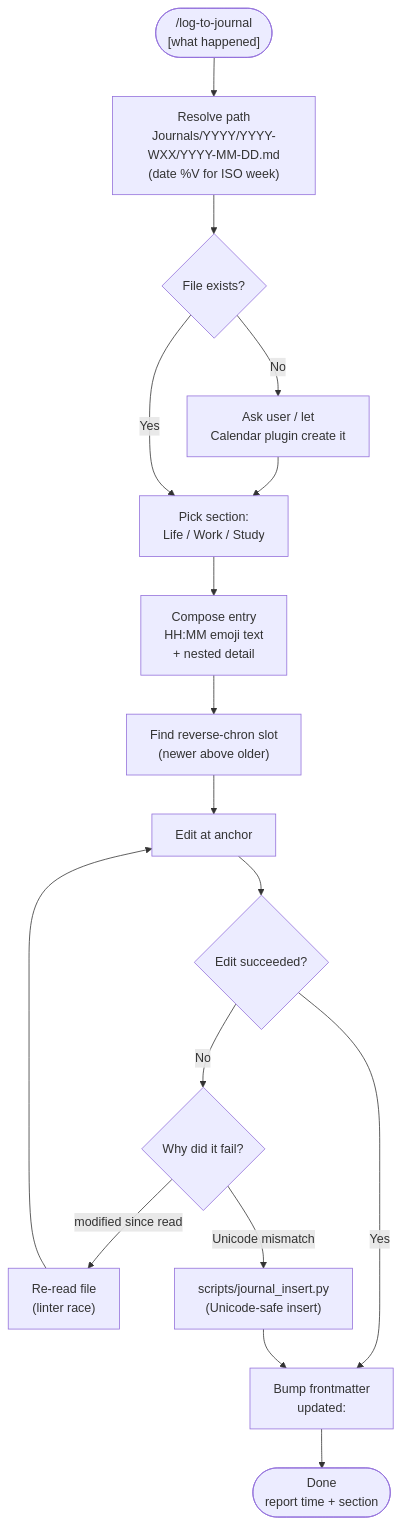
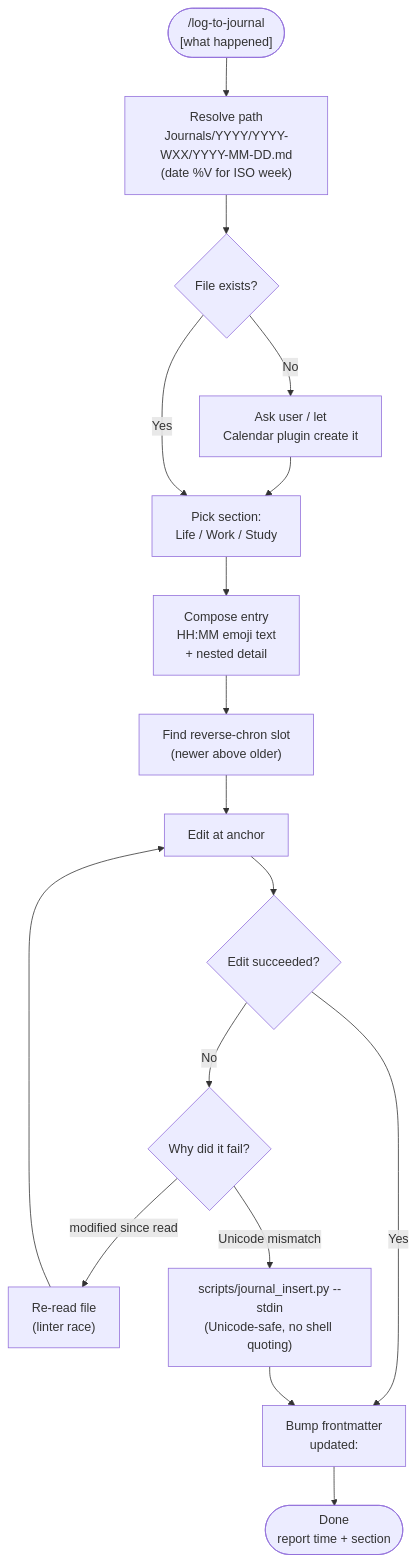
One commit to biomystery/claude-skills changed the diagram in log-to-journal/README.md. Above: the diagram before and after it, drawn with Mermaid. The commit also changed other lines of this file and 2 other files, not shown here.

First line of the commit message:
log-to-journal: give journal_insert.py a --stdin mode

````diff
--- a/log-to-journal/README.md
+++ b/log-to-journal/README.md
@@ -16,27 +16,27 @@
 ```mermaid
 flowchart TD
     start(["/log-to-journal\n[what happened]"])
     resolve["Resolve path\nJournals/YYYY/YYYY-WXX/YYYY-MM-DD.md\n(date %V for ISO week)"]
     exists{File exists?}
     ask["Ask user / let\nCalendar plugin create it"]
     section["Pick section:\nLife / Work / Study"]
     compose["Compose entry\nHH:MM emoji text\n+ nested detail"]
     place["Find reverse-chron slot\n(newer above older)"]
     edit["Edit at anchor"]
     ok{Edit succeeded?}
     why{Why did it fail?}
     reread["Re-read file\n(linter race)"]
-    pyscript["scripts/journal_insert.py\n(Unicode-safe insert)"]
+    pyscript["scripts/journal_insert.py --stdin\n(Unicode-safe, no shell quoting)"]
     stamp["Bump frontmatter\nupdated:"]
     done(["Done\nreport time + section"])
 
     start --> resolve --> exists
     exists -->|No| ask --> section
     exists -->|Yes| section
     section --> compose --> place --> edit --> ok
     ok -->|Yes| stamp
     ok -->|No| why
     why -->|modified since read| reread --> edit
     why -->|Unicode mismatch| pyscript --> stamp
     stamp --> done
 ```
````
